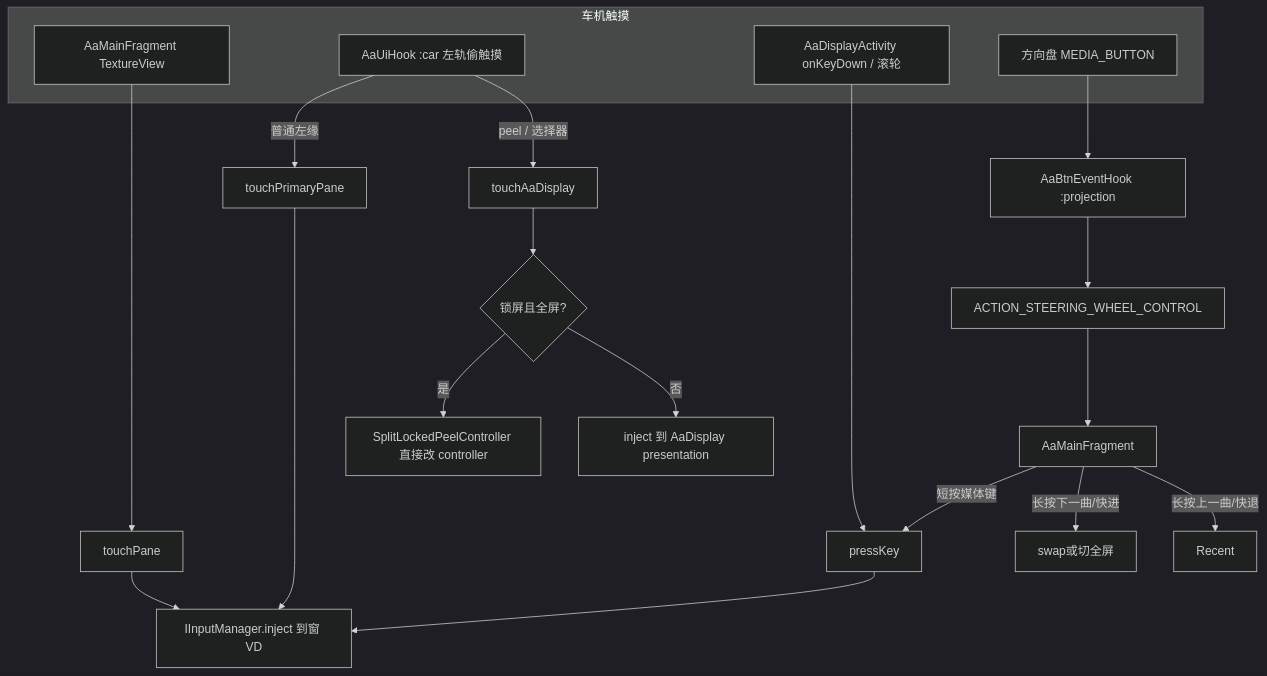
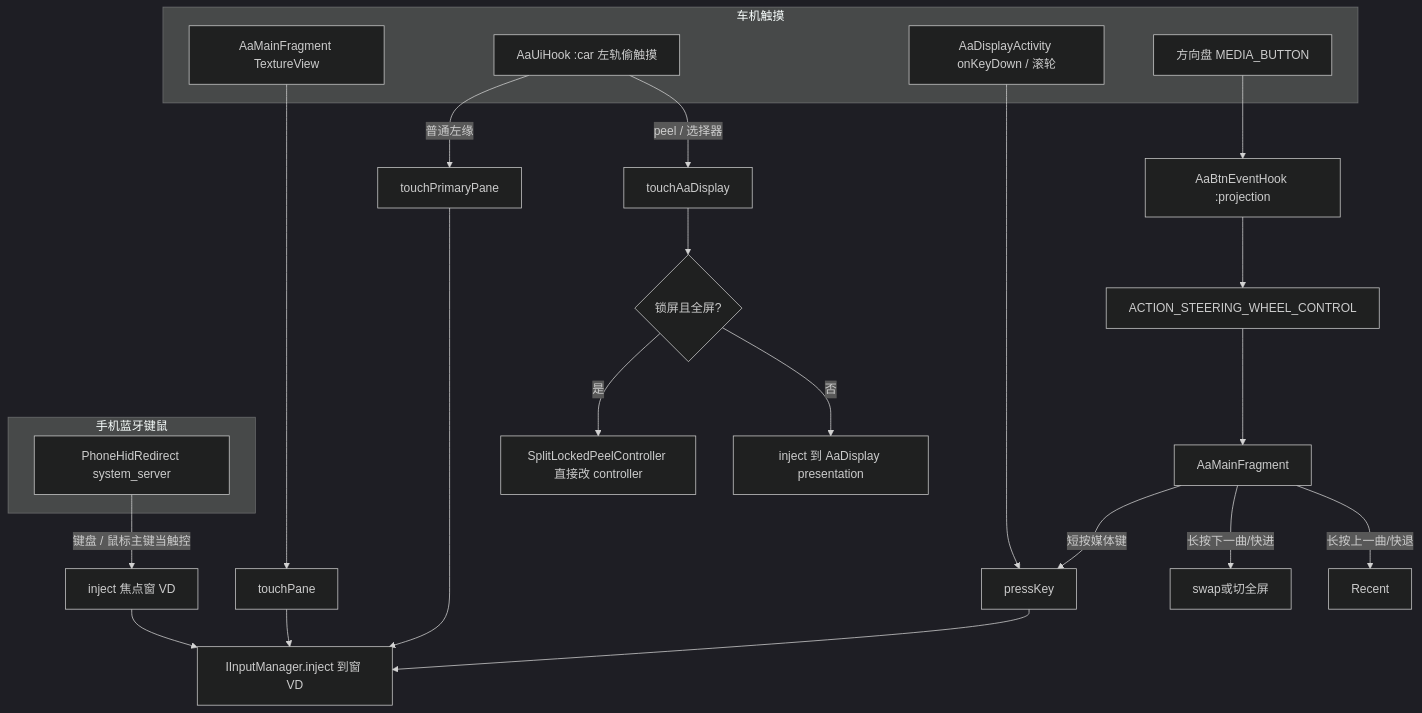
Before and after one commit to lagXkjy/AADisplay: the second of 2 diagrams in docs/EXECUTION.md, drawn with Mermaid (dark theme). The commit also changed other lines of this file and 13 other files, not shown here.

````diff
--- a/docs/EXECUTION.md
+++ b/docs/EXECUTION.md
@@ -374,27 +374,33 @@
 ```mermaid
 flowchart TB
     subgraph HU["车机触摸"]
         TV["AaMainFragment TextureView"]
         RAIL["AaUiHook :car 左轨偷触摸"]
         KEY["AaDisplayActivity onKeyDown / 滚轮"]
         WH["方向盘 MEDIA_BUTTON"]
+    end
+
+    subgraph PhoneHid["手机蓝牙键鼠"]
+        BT["PhoneHidRedirect system_server"]
     end
 
     TV --> touchPane
     RAIL -->|普通左缘| touchPrimaryPane
     RAIL -->|peel / 选择器| touchAaDisplay
     KEY --> pressKey
     WH --> BtnHook["AaBtnEventHook :projection"]
     BtnHook --> BR["ACTION_STEERING_WHEEL_CONTROL"]
     BR --> MAIN["AaMainFragment"]
     MAIN -->|短按媒体键| pressKey
     MAIN -->|长按下一曲/快进| swap或切全屏
     MAIN -->|长按上一曲/快退| Recent
+    BT -->|键盘 / 鼠标主键当触控| HID["inject 焦点窗 VD"]
 
     touchPane --> IM["IInputManager.inject 到窗 VD"]
     touchPrimaryPane --> IM
     touchAaDisplay --> PEEL{"锁屏且全屏?"}
     PEEL -->|是| LOCK["SplitLockedPeelController 直接改 controller"]
     PEEL -->|否| PRES["inject 到 AaDisplay presentation"]
     pressKey --> IM
+    HID --> IM
 ```
````
